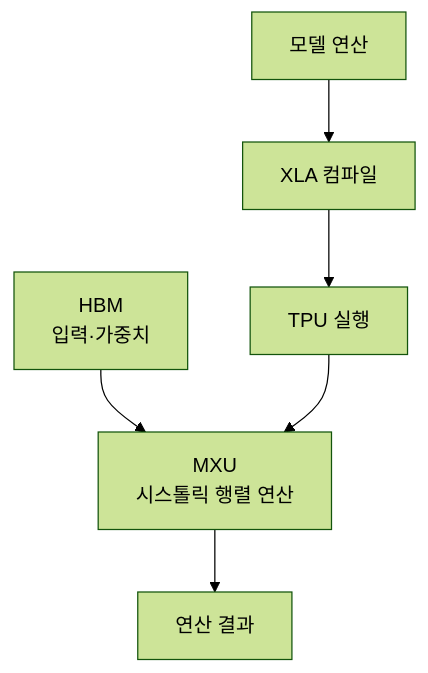
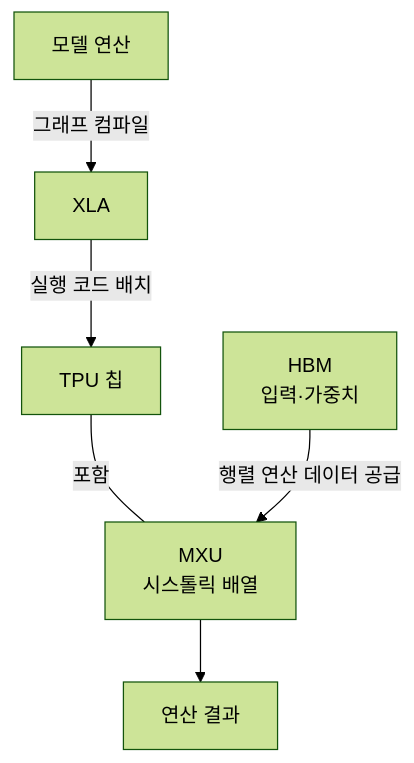
One commit to agnusdei1207/study changed the first of 2 diagrams in src/content/docs/notes/itpe/04-computer-system/022_tpu.md. Above: the diagram before and after it, drawn with Mermaid (forest theme). The commit also changed other lines of this file and 4 other files, not shown here.

````diff
--- a/src/content/docs/notes/itpe/04-computer-system/022_tpu.md
+++ b/src/content/docs/notes/itpe/04-computer-system/022_tpu.md
@@ -49,8 +56,8 @@
 ```mermaid
 flowchart TD
-    MODEL["모델 연산"] --> XLA["XLA 컴파일"]
-    XLA --> TPU["TPU 실행"]
-    HBM["HBM<br/>입력·가중치"] --> MXU["MXU<br/>시스톨릭 행렬 연산"]
-    TPU --> MXU
+    MODEL["모델 연산"] -->|그래프 컴파일| XLA["XLA"]
+    XLA -->|실행 코드 배치| TPU["TPU 칩"]
+    TPU ---|포함| MXU["MXU<br/>시스톨릭 배열"]
+    HBM["HBM<br/>입력·가중치"] -->|행렬 연산 데이터 공급| MXU
     MXU --> RESULT["연산 결과"]
 ```
````
